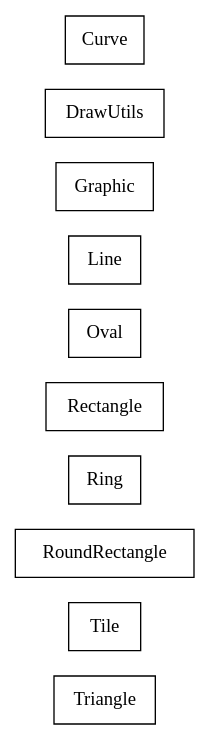
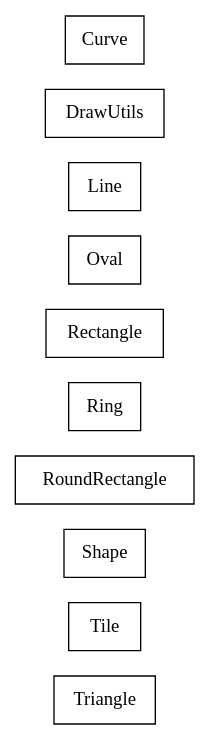
The diagram in docs/com/sekati/draw/classes.dot (sekati/sasapi), drawn with Graphviz before and after one commit. The commit also changed 72 other files, not shown here.

```diff
--- a/docs/com/sekati/draw/classes.dot
+++ b/docs/com/sekati/draw/classes.dot
@@ -1,63 +1,63 @@
 strict digraph class_diagram {
   rankdir=LR;
   TypeTriangle[
     label="Triangle",
     URL="Triangle.html",
     tooltip="com.sekati.draw.Triangle",
     shape="record"
   ];
   TypeTile[
     label="Tile",
     URL="Tile.html",
     tooltip="com.sekati.draw.Tile",
+    shape="record"
+  ];
+  TypeShape[
+    label="Shape",
+    URL="Shape.html",
+    tooltip="com.sekati.draw.Shape",
     shape="record"
   ];
   TypeRoundRectangle[
     label="RoundRectangle",
     URL="RoundRectangle.html",
     tooltip="com.sekati.draw.RoundRectangle",
     shape="record"
   ];
   TypeRing[
     label="Ring",
     URL="Ring.html",
     tooltip="com.sekati.draw.Ring",
     shape="record"
   ];
   TypeRectangle[
     label="Rectangle",
     URL="Rectangle.html",
     tooltip="com.sekati.draw.Rectangle",
     shape="record"
   ];
   TypeOval[
     label="Oval",
     URL="Oval.html",
     tooltip="com.sekati.draw.Oval",
     shape="record"
   ];
   TypeLine[
     label="Line",
     URL="Line.html",
     tooltip="com.sekati.draw.Line",
     shape="record"
   ];
-  TypeGraphic[
-    label="Graphic",
-    URL="Graphic.html",
-    tooltip="com.sekati.draw.Graphic",
-    shape="record"
-  ];
   TypeDrawUtils[
     label="DrawUtils",
     URL="DrawUtils.html",
     tooltip="com.sekati.draw.DrawUtils",
     shape="record"
   ];
   TypeCurve[
     label="Curve",
     URL="Curve.html",
     tooltip="com.sekati.draw.Curve",
     shape="record"
   ];
 }
```
